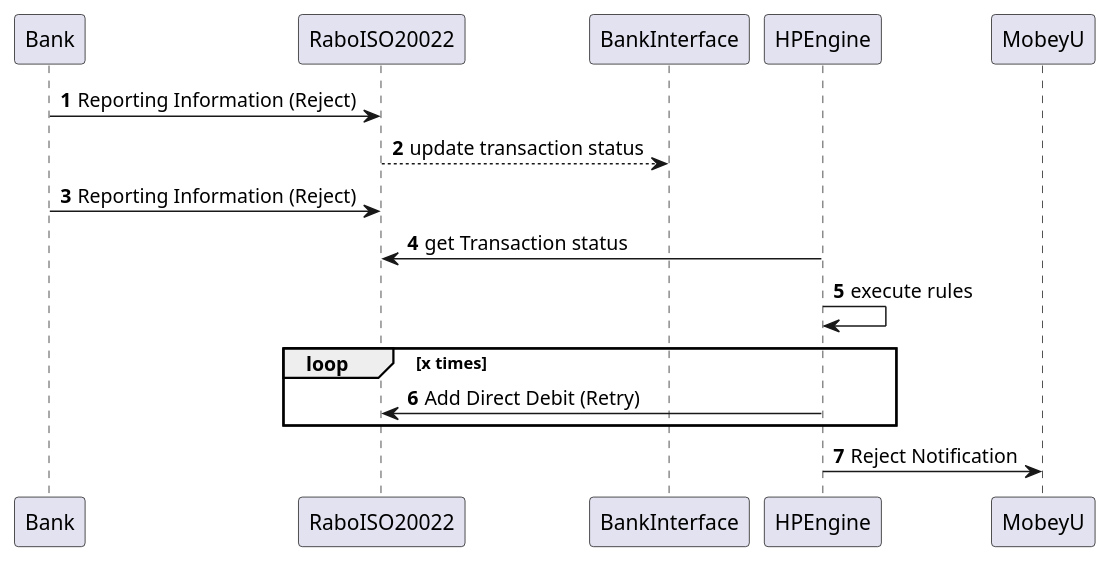
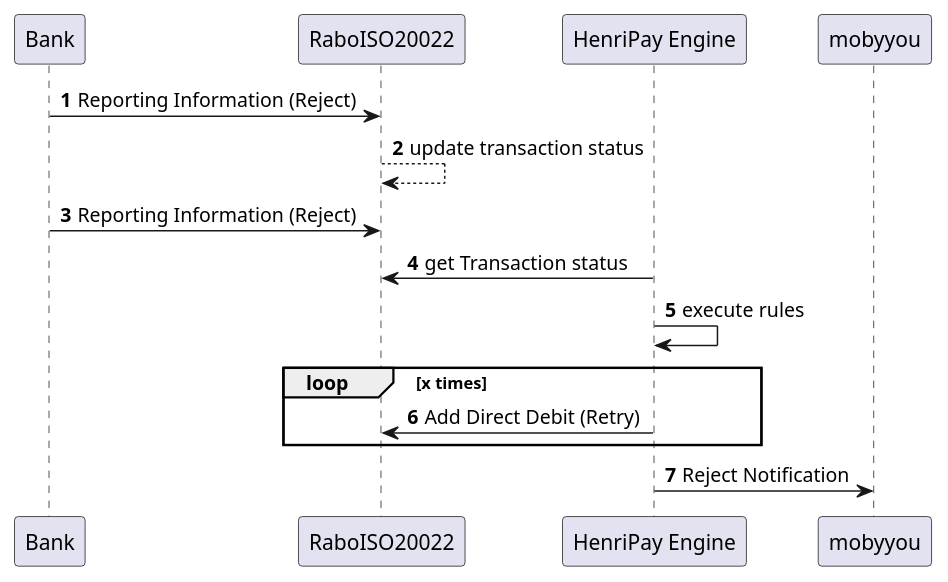
One commit to saidkhalfaoui/xpay changed the diagram in src/main/resources/sequences/Levy-usecase/directDebitRejectBeforeSetlment.puml. Above: the diagram before and after it, drawn with PlantUML. The commit also changed 10 other files, not shown here.

```diff
--- a/src/main/resources/sequences/Levy-usecase/directDebitRejectBeforeSetlment.puml
+++ b/src/main/resources/sequences/Levy-usecase/directDebitRejectBeforeSetlment.puml
@@ -1,17 +1,17 @@
 @startuml
 'https://plantuml.com/sequence-diagram
 
 autonumber
 
 Bank->RaboISO20022: Reporting Information (Reject)
 
-RaboISO20022-->BankInterface : update transaction status
+RaboISO20022-->RaboISO20022 : update transaction status
 Bank->RaboISO20022: Reporting Information (Reject)
-HPEngine-> RaboISO20022 : get Transaction status
-HPEngine-> HPEngine: execute rules
+"HenriPay Engine"-> RaboISO20022 : get Transaction status
+"HenriPay Engine"-> "HenriPay Engine": execute rules
 loop x times
-HPEngine ->RaboISO20022 : Add Direct Debit (Retry)
+"HenriPay Engine" ->RaboISO20022 : Add Direct Debit (Retry)
 end
-HPEngine -> MobeyU: Reject Notification
+"HenriPay Engine" -> mobyyou: Reject Notification
 
 @enduml
```
